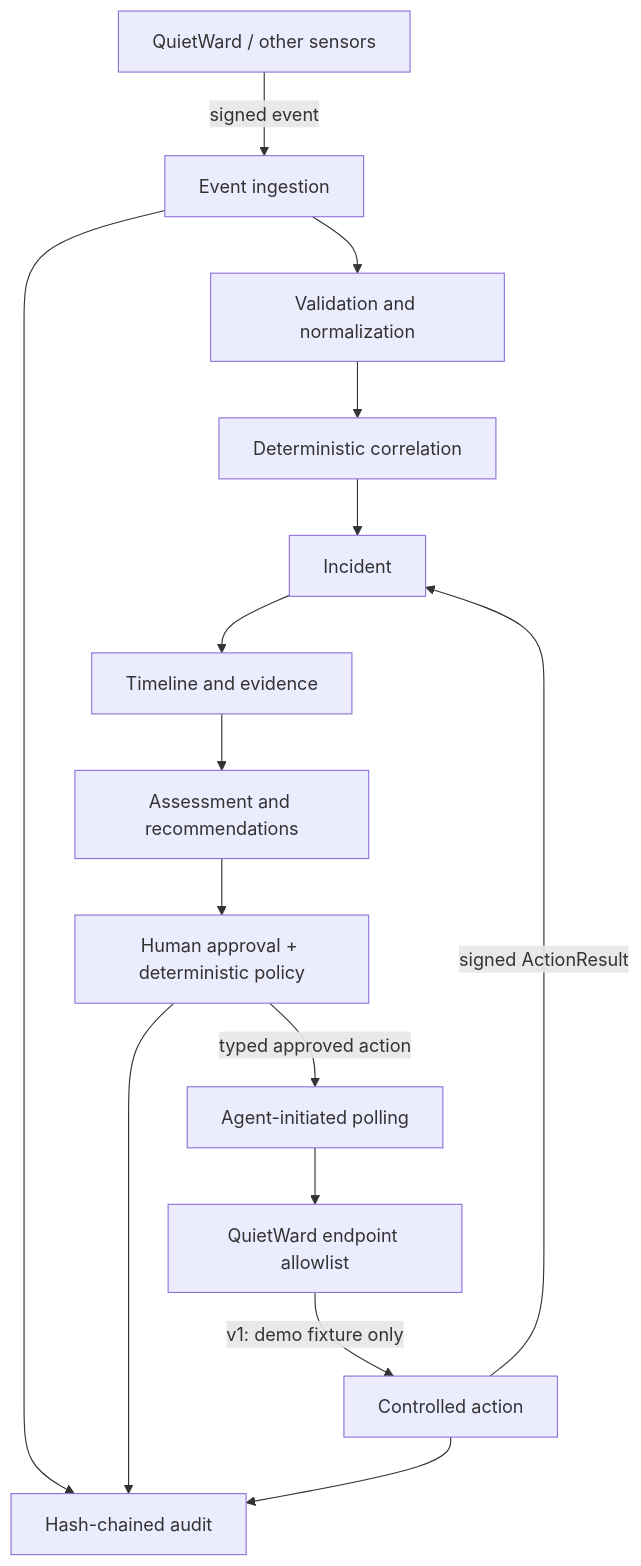
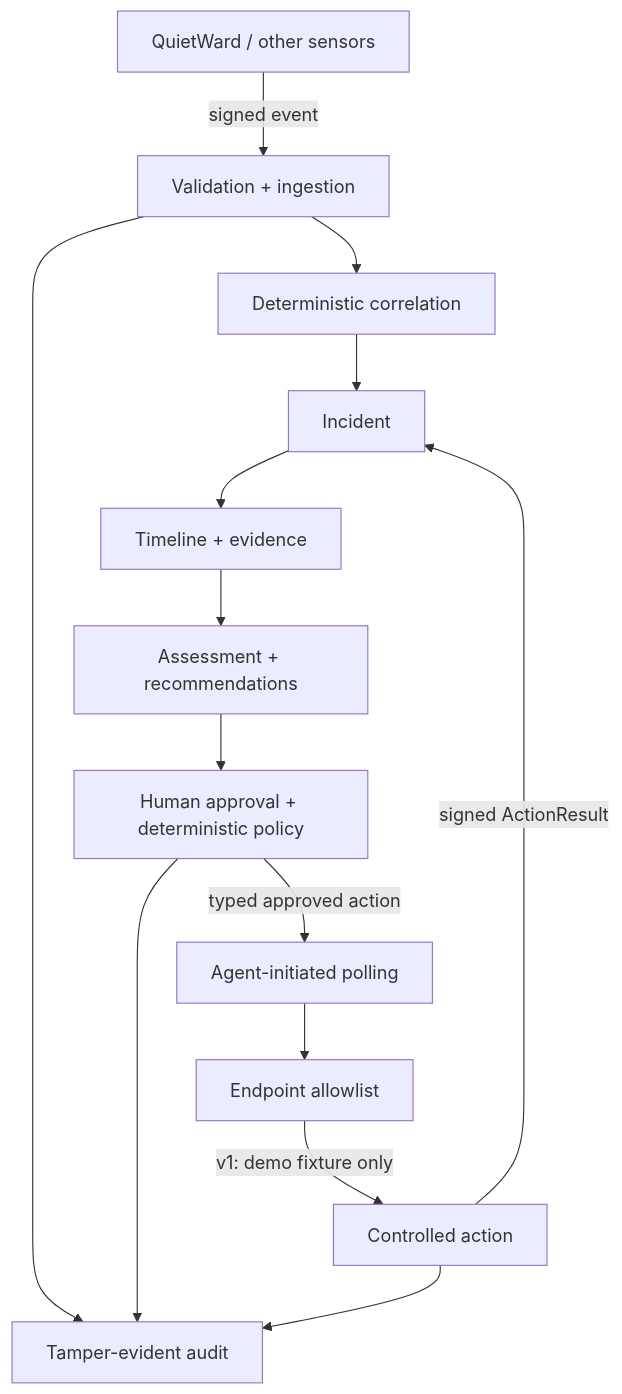
The diagram in README.md (LUKEcheadle-ship-it/quietward-response), drawn with Mermaid before and after one commit. The commit also changed other lines of this file, not shown here.

````diff
--- a/README.md
+++ b/README.md
@@ -20,17 +54,16 @@
 ```mermaid
 flowchart TD
-    Q[QuietWard / other sensors] -->|signed event| I[Event ingestion]
-    I --> N[Validation and normalization]
-    N --> C[Deterministic correlation]
+    Q[QuietWard / other sensors] -->|signed event| I[Validation + ingestion]
+    I --> C[Deterministic correlation]
     C --> X[Incident]
-    X --> T[Timeline and evidence]
-    T --> R[Assessment and recommendations]
+    X --> T[Timeline + evidence]
+    T --> R[Assessment + recommendations]
     R --> P[Human approval + deterministic policy]
     P -->|typed approved action| A[Agent-initiated polling]
-    A --> E[QuietWard endpoint allowlist]
+    A --> E[Endpoint allowlist]
     E -->|v1: demo fixture only| Z[Controlled action]
     Z -->|signed ActionResult| X
-    I --> U[Hash-chained audit]
+    I --> U[Tamper-evident audit]
     P --> U
     Z --> U
 ```
````
